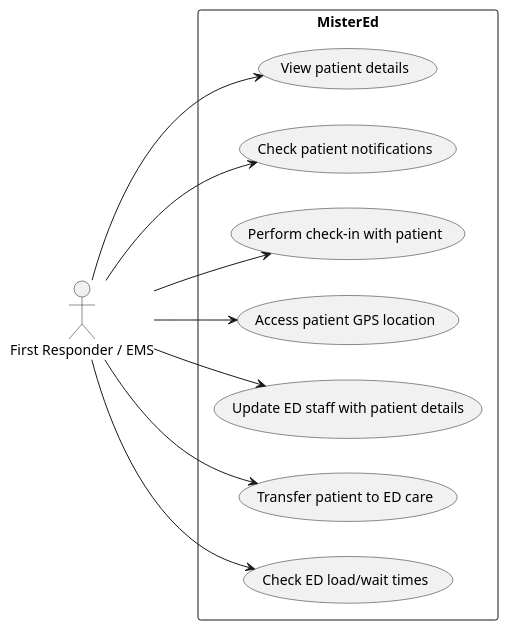
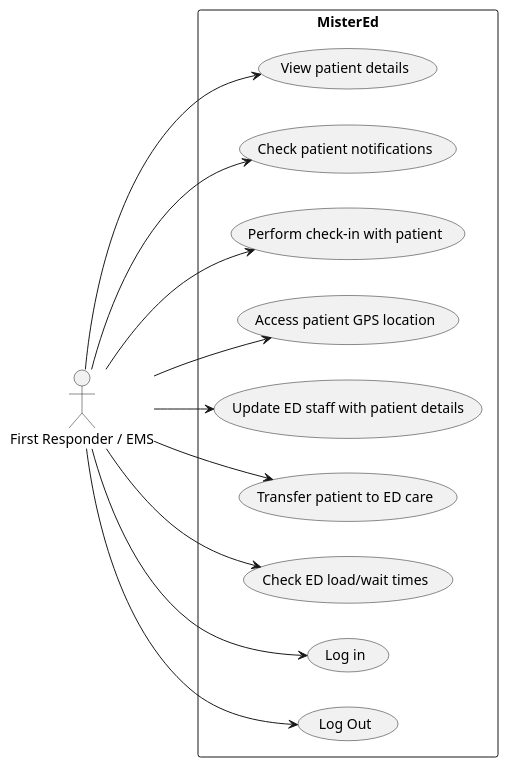
One commit to SENG-350-2024-fall/Team-1 changed the diagram in Milestone 1/First Responder/FirstResponderUseCases.puml. Above: the diagram before and after it, drawn with PlantUML. The commit also changed 4 other files, not shown here.

Commit message:
adding in log in and log out use cases

```diff
--- a/Milestone 1/First Responder/FirstResponderUseCases.puml
+++ b/Milestone 1/First Responder/FirstResponderUseCases.puml
@@ -1,25 +1,29 @@
 @startuml
 
 left to right direction
 
 actor "First Responder / EMS" as fr
 
 rectangle MisterEd { 
   usecase "View patient details" as UC1
   usecase "Check patient notifications" as UC2
   usecase "Perform check-in with patient" as UC3
   usecase "Access patient GPS location" as UC4
   usecase "Update ED staff with patient details" as UC5
   usecase "Transfer patient to ED care" as UC6
   usecase "Check ED load/wait times" as UC7
+  usecase "Log in" as UC8
+  usecase "Log Out" as UC9
 }
 
 fr --> UC1
 fr --> UC2
 fr --> UC3
 fr --> UC4
 fr --> UC5
 fr --> UC6
 fr --> UC7
+fr --> UC8
+fr --> UC9
 
 @enduml
```
